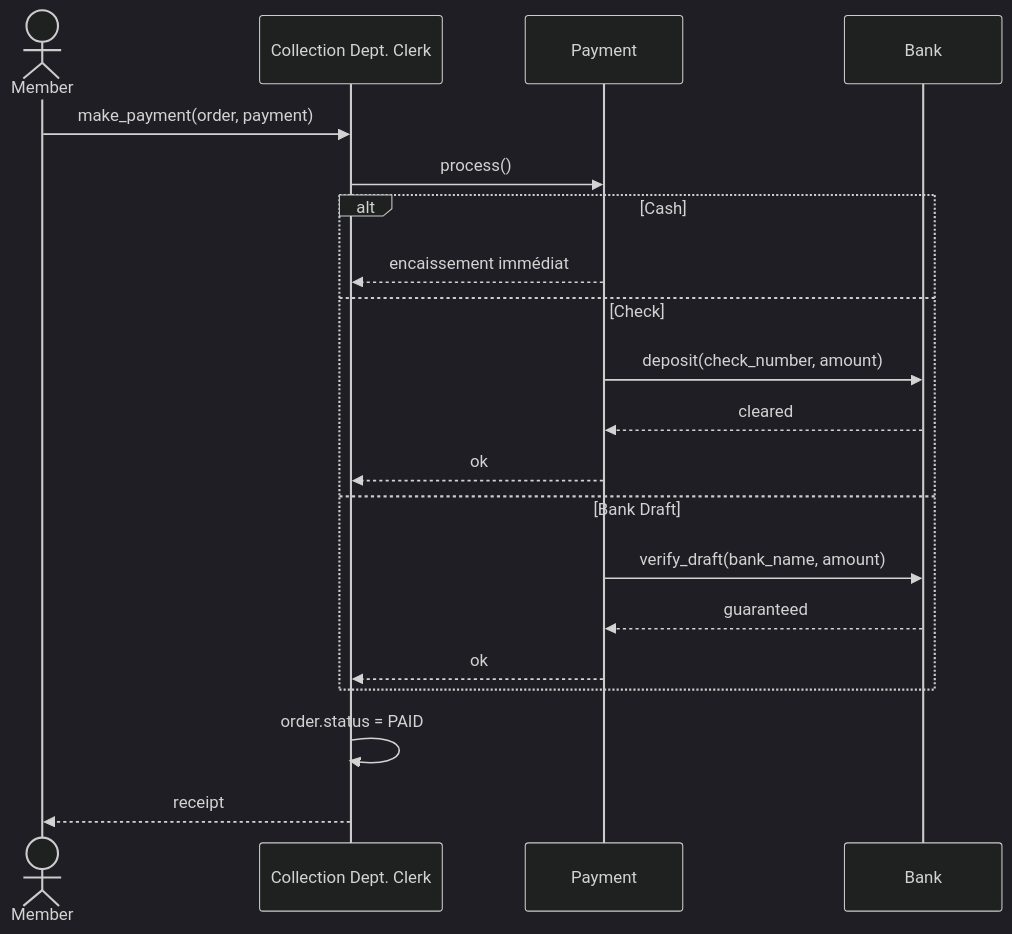
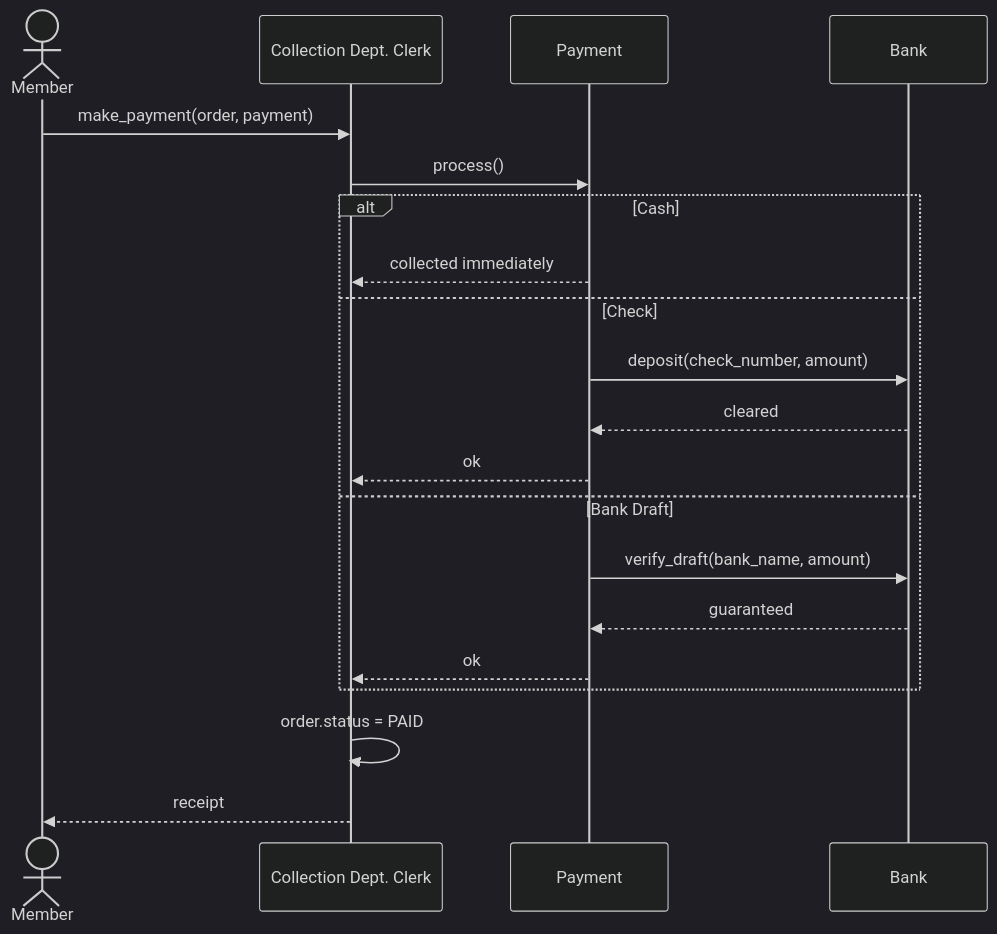
Before and after one commit to OthmanChennaoui/oop-aidams-2a-exercices: the eighth of 9 diagrams in 04_uml/abcd_records_uml.md, drawn with Mermaid (dark theme). The commit also changed other lines of this file and 32 other files, not shown here.

````diff
--- a/04_uml/abcd_records_uml.md
+++ b/04_uml/abcd_records_uml.md
@@ -309,23 +308,23 @@
 ```mermaid
 sequenceDiagram
     actor M as Member
     participant CDC as Collection Dept. Clerk
     participant PAY as Payment
     participant BANK as Bank
 
     M->>CDC: make_payment(order, payment)
     CDC->>PAY: process()
     alt Cash
-        PAY-->>CDC: encaissement immédiat
+        PAY-->>CDC: collected immediately
     else Check
         PAY->>BANK: deposit(check_number, amount)
         BANK-->>PAY: cleared
         PAY-->>CDC: ok
     else Bank Draft
         PAY->>BANK: verify_draft(bank_name, amount)
         BANK-->>PAY: guaranteed
         PAY-->>CDC: ok
     end
     CDC->>CDC: order.status = PAID
     CDC-->>M: receipt
 ```
````
